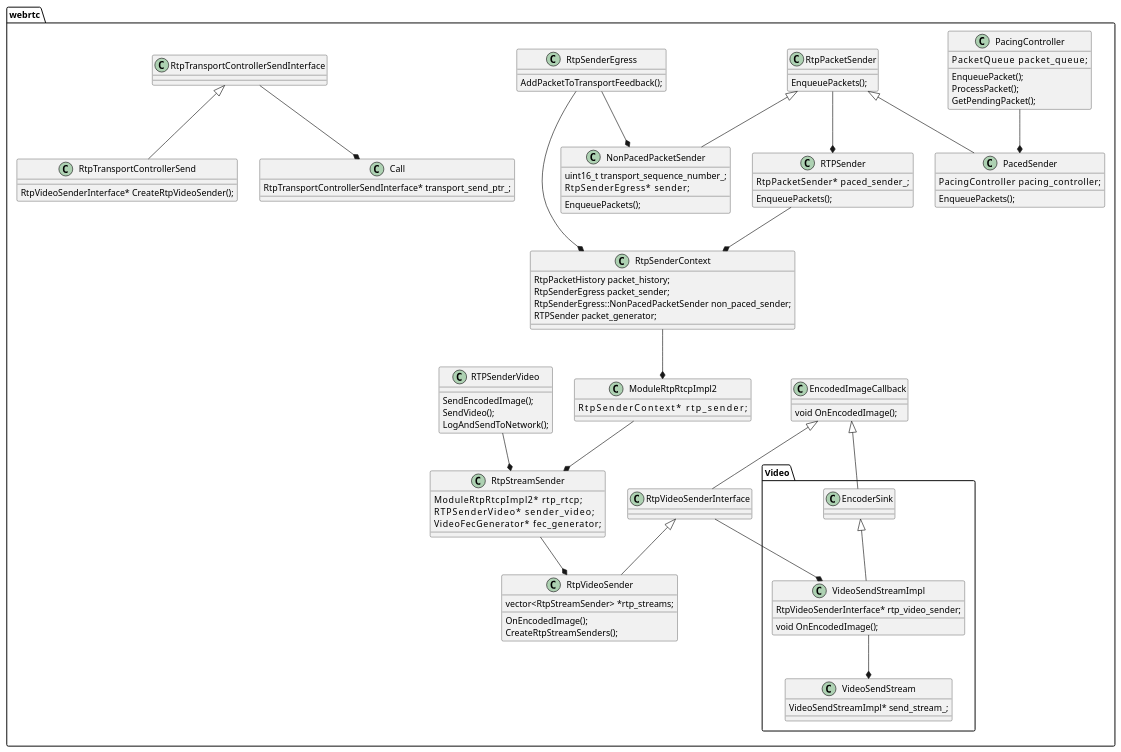
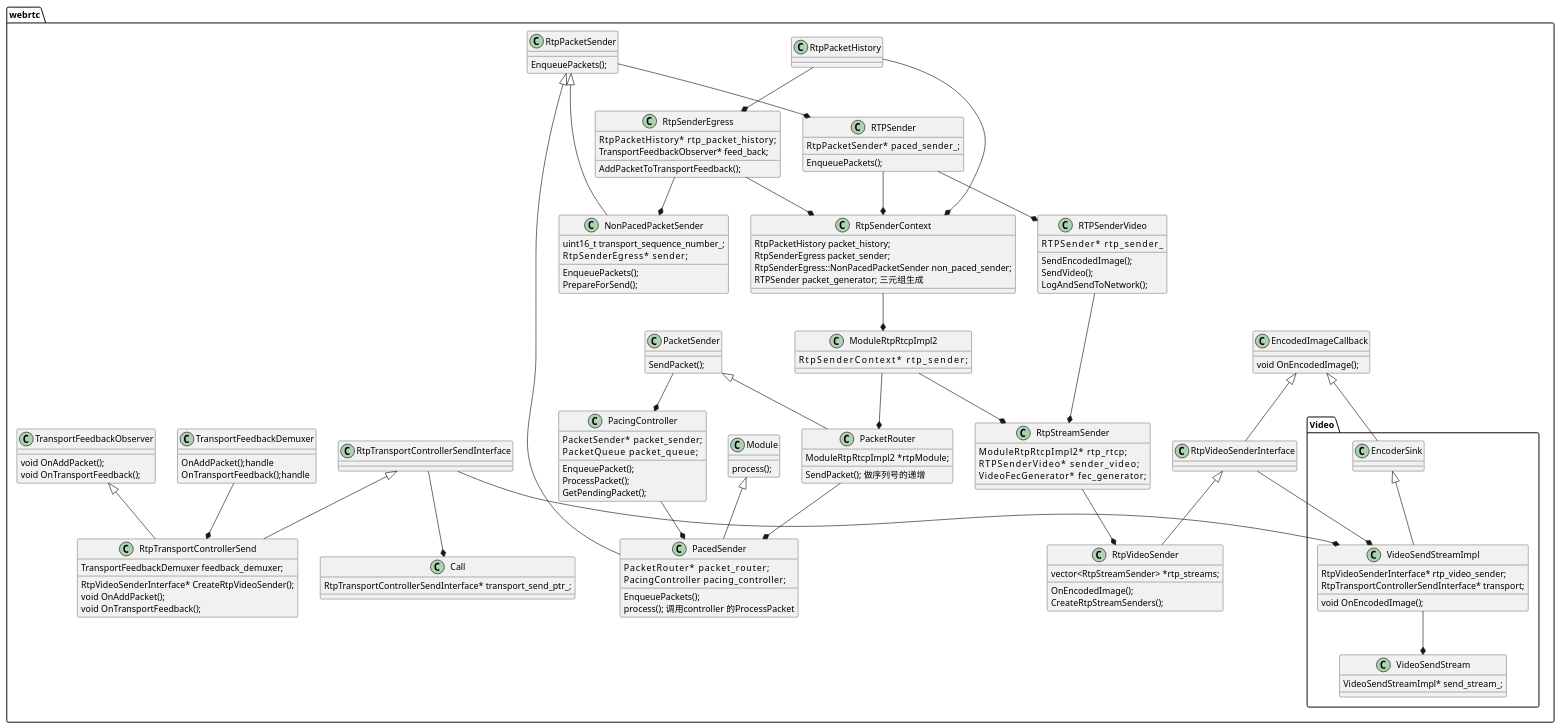
One commit to hjybdrs/hjybdrs.github.io changed the diagram in source/_posts/call/callMaster.plantuml. Above: the diagram before and after it, drawn with PlantUML.

Commit message:
新版本ack 的相关类图和机制

```diff
--- a/source/_posts/call/callMaster.plantuml
+++ b/source/_posts/call/callMaster.plantuml
@@ -16,6 +16,7 @@
 
     class RTPSenderVideo
     {
+        RTPSender*          rtp_sender_
         SendEncodedImage();
         SendVideo();
         LogAndSendToNetwork();
@@ -26,35 +27,78 @@
         EnqueuePackets();
     }
 
+    class RtpPacketHistory
+    {
+
+    }
+
+    class TransportFeedbackObserver
+    {
+        void OnAddPacket();
+        void OnTransportFeedback();
+    }
+
     class RtpSenderEgress
     {
+        RtpPacketHistory*          rtp_packet_history;
+        TransportFeedbackObserver* feed_back;
         AddPacketToTransportFeedback();
     }
+
+    RtpPacketHistory --* RtpSenderEgress  
 
     class NonPacedPacketSender
     {
         uint16_t transport_sequence_number_;
         RtpSenderEgress*        sender;
         EnqueuePackets();
+        PrepareForSend();
     }
 
     RtpSenderEgress --* NonPacedPacketSender
 
+    class PacketSender
+    {
+        SendPacket();
+    }
+
+    class PacketRouter
+    {
+        ModuleRtpRtcpImpl2  *rtpModule;
+        SendPacket(); 做序列号的递增
+    }
+
+    ModuleRtpRtcpImpl2 --* PacketRouter
+
+    PacketSender <|-- PacketRouter
+
     class PacingController
     {
+        PacketSender*       packet_sender;
         PacketQueue         packet_queue;
         EnqueuePacket();
         ProcessPacket();
         GetPendingPacket();
     }
 
+    class Module
+    {
+        process();
+    }
+
     class PacedSender
     {
+        PacketRouter*           packet_router;
         PacingController        pacing_controller;
         EnqueuePackets();
+        process(); 调用controller 的ProcessPacket
     }
 
+    PacketRouter --* PacedSender
+    Module <|-- PacedSender
+
     PacingController --* PacedSender
+    PacketSender --* PacingController
 
     RtpPacketSender <|-- PacedSender
     RtpPacketSender <|-- NonPacedPacketSender
@@ -72,8 +116,12 @@
         RtpPacketHistory packet_history;
         RtpSenderEgress packet_sender;
         RtpSenderEgress::NonPacedPacketSender non_paced_sender;
-        RTPSender packet_generator;
+        RTPSender packet_generator; 三元组生成
     }
+
+    RtpPacketHistory --* RtpSenderContext  
+
+    RTPSender --* RTPSenderVideo
 
     RtpSenderEgress --* RtpSenderContext
 
@@ -111,12 +159,23 @@
 
     }
 
+    class TransportFeedbackDemuxer
+    {
+        OnAddPacket();handle
+        OnTransportFeedback();handle
+    }
+
     class RtpTransportControllerSend
     {
+        TransportFeedbackDemuxer feedback_demuxer;
         RtpVideoSenderInterface* CreateRtpVideoSender();
+        void OnAddPacket();
+        void OnTransportFeedback();
     }
 
+    TransportFeedbackDemuxer --* RtpTransportControllerSend
     RtpTransportControllerSendInterface <|-- RtpTransportControllerSend
+    TransportFeedbackObserver <|-- RtpTransportControllerSend
 
     package Video 
     {
@@ -131,8 +190,9 @@
         {
             void OnEncodedImage();
             RtpVideoSenderInterface* rtp_video_sender;
+            RtpTransportControllerSendInterface* transport;
         }
-
+        RtpTransportControllerSendInterface --* VideoSendStreamImpl
         EncoderSink <|-- VideoSendStreamImpl
         RtpVideoSenderInterface --* VideoSendStreamImpl
 
```
